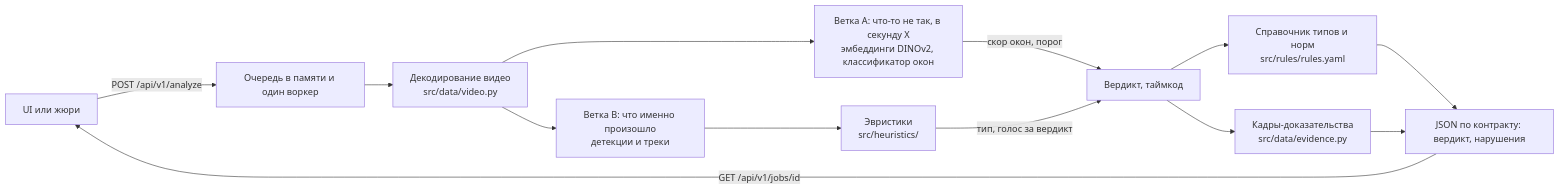
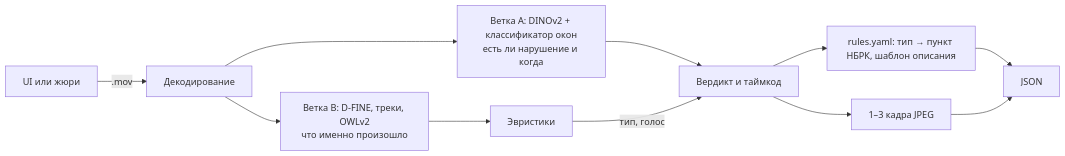
Before and after one commit to M1kado0/forte-datathon: the diagram in README.md, drawn with Mermaid. The commit also changed other lines of this file and 2 other files, not shown here.

````diff
--- a/README.md
+++ b/README.md
@@ -142,15 +84,13 @@
 ```mermaid
 flowchart LR
-    U["UI или жюри"] -->|POST /api/v1/analyze| Q["Очередь в памяти и один воркер"]
-    Q --> V["Декодирование видео<br/>src/data/video.py"]
-    V --> A["Ветка A: что-то не так, в секунду X<br/>эмбеддинги DINOv2, классификатор окон"]
-    V --> B["Ветка B: что именно произошло<br/>детекции и треки"]
-    B --> H["Эвристики<br/>src/heuristics/"]
-    A -->|скор окон, порог| M["Вердикт, таймкод"]
-    H -->|тип, голос за вердикт| M
-    M --> R["Справочник типов и норм<br/>src/rules/rules.yaml"]
-    M --> E["Кадры-доказательства<br/>src/data/evidence.py"]
-    R --> O["JSON по контракту: вердикт, нарушения"]
+    U["UI или жюри"] -->|.mov| V["Декодирование"]
+    V --> A["Ветка A: DINOv2 + классификатор окон<br/>есть ли нарушение и когда"]
+    V --> B["Ветка B: D-FINE, треки, OWLv2<br/>что именно произошло"]
+    B --> H["Эвристики"]
+    A --> M["Вердикт и таймкод"]
+    H -->|тип, голос| M
+    M --> R["rules.yaml: тип → пункт НБРК, шаблон описания"]
+    M --> E["1–3 кадра JPEG"]
+    R --> O["JSON"]
     E --> O
-    O -->|GET /api/v1/jobs/id| U
 ```
````
